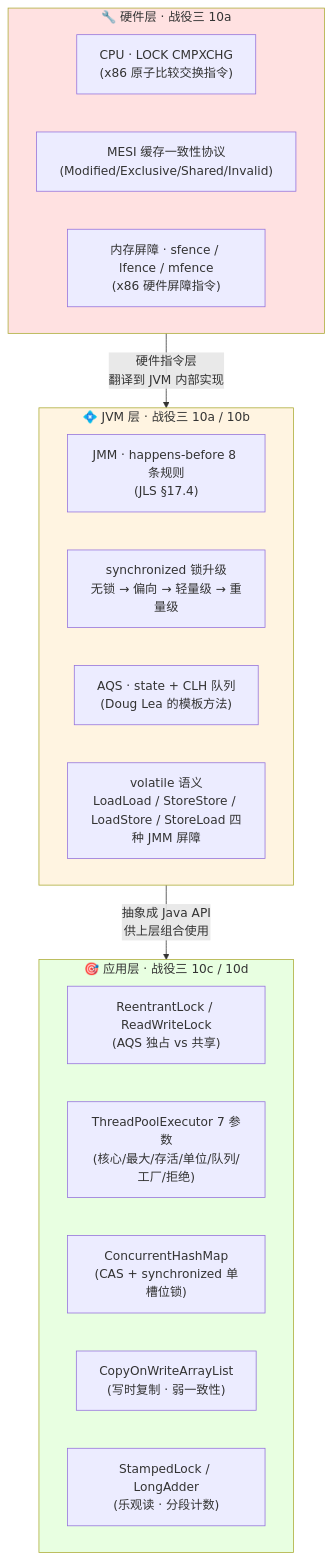
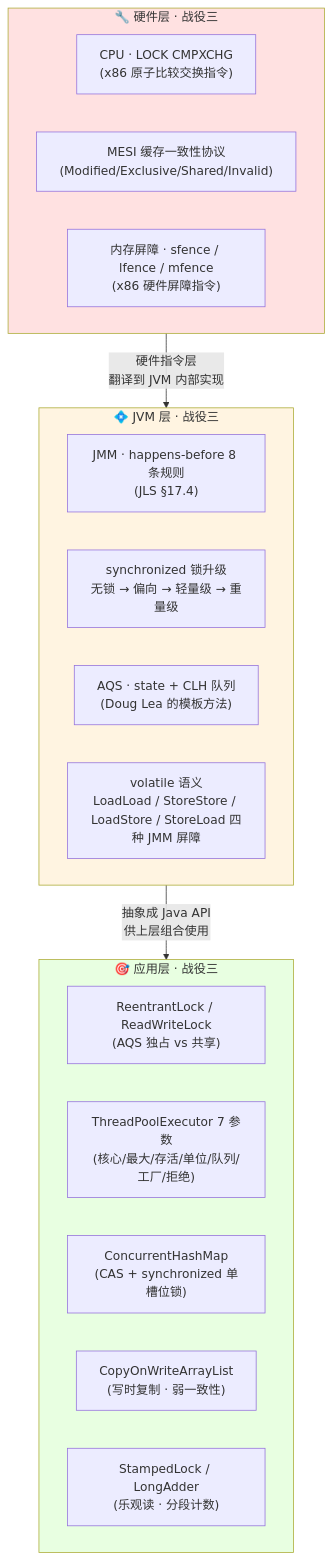
The second of 3 diagrams in docs/01-java-basic/10-并发编程综览：战役三 · 从硬件事实到组合运用的四层下沉.md (b1tzer/b1tzer.github.io), drawn with Mermaid before and after one commit. The commit also changed other lines of this file and 18 other files, not shown here.

````diff
--- a/docs/01-java-basic/10-并发编程综览：战役三 · 从硬件事实到组合运用的四层下沉.md
+++ b/docs/01-java-basic/10-并发编程综览：战役三 · 从硬件事实到组合运用的四层下沉.md
@@ -76,30 +50,30 @@
 ```mermaid
 flowchart TB
-    subgraph HW["🔧 硬件层 · 战役三 10a"]
+    subgraph HW["🔧 硬件层 · 战役三"]
         H1["CPU · LOCK CMPXCHG<br/>(x86 原子比较交换指令)"]
         H2["MESI 缓存一致性协议<br/>(Modified/Exclusive/Shared/Invalid)"]
         H3["内存屏障 · sfence / lfence / mfence<br/>(x86 硬件屏障指令)"]
     end
 
-    subgraph JVM["💠 JVM 层 · 战役三 10a / 10b"]
+    subgraph JVM["💠 JVM 层 · 战役三"]
         J1["JMM · happens-before 8 条规则<br/>(JLS §17.4)"]
         J2["synchronized 锁升级<br/>无锁 → 偏向 → 轻量级 → 重量级"]
         J3["AQS · state + CLH 队列<br/>(Doug Lea 的模板方法)"]
         J4["volatile 语义<br/>LoadLoad / StoreStore / LoadStore / StoreLoad 四种 JMM 屏障"]
     end
 
-    subgraph APP["🎯 应用层 · 战役三 10c / 10d"]
+    subgraph APP["🎯 应用层 · 战役三"]
         A1["ReentrantLock / ReadWriteLock<br/>(AQS 独占 vs 共享)"]
         A2["ThreadPoolExecutor 7 参数<br/>(核心/最大/存活/单位/队列/工厂/拒绝)"]
         A3["ConcurrentHashMap<br/>(CAS + synchronized 单槽位锁)"]
         A4["CopyOnWriteArrayList<br/>(写时复制 · 弱一致性)"]
         A5["StampedLock / LongAdder<br/>(乐观读 · 分段计数)"]
     end
 
     HW -->|"硬件指令层<br/>翻译到 JVM 内部实现"| JVM
     JVM -->|"抽象成 Java API<br/>供上层组合使用"| APP
 
     style HW fill:#ffe1e1
     style JVM fill:#fff4e1
     style APP fill:#e8ffe1
 ```
````
